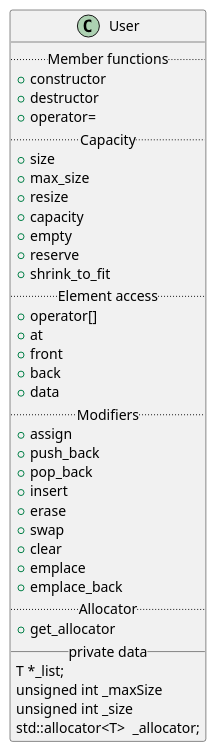
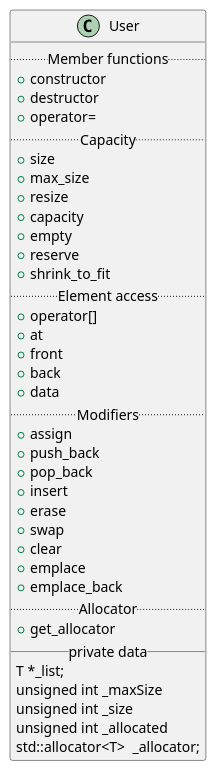
The diagram in assets/README.adoc (t-h2o/container), drawn with PlantUML before and after one commit. The commit also changed 4 other files, not shown here.

```diff
--- a/assets/README.adoc
+++ b/assets/README.adoc
@@ -4,45 +4,46 @@
 [plantuml, target=vector, format=svg, width=100%]
 ....
 @startuml
 skinparam defaultFontName JetBrains Mono ExtraBold
 
 class User {
   .. Member functions ..
   + constructor
   + destructor
   + operator=
   .. Capacity ..
   + size
   + max_size
   + resize
   + capacity
   + empty
   + reserve
   + shrink_to_fit
   .. Element access ..
   + operator[]
   + at
   + front
   + back
   + data
   .. Modifiers ..
   + assign
   + push_back
   + pop_back
   + insert
   + erase
   + swap
   + clear
   + emplace
   + emplace_back
   .. Allocator ..
   + get_allocator
   __ private data __
   T *_list;
   unsigned int _maxSize
   unsigned int _size
+  unsigned int _allocated
   std::allocator<T>	_allocator;
 }
 
 @enduml
 ....
```
